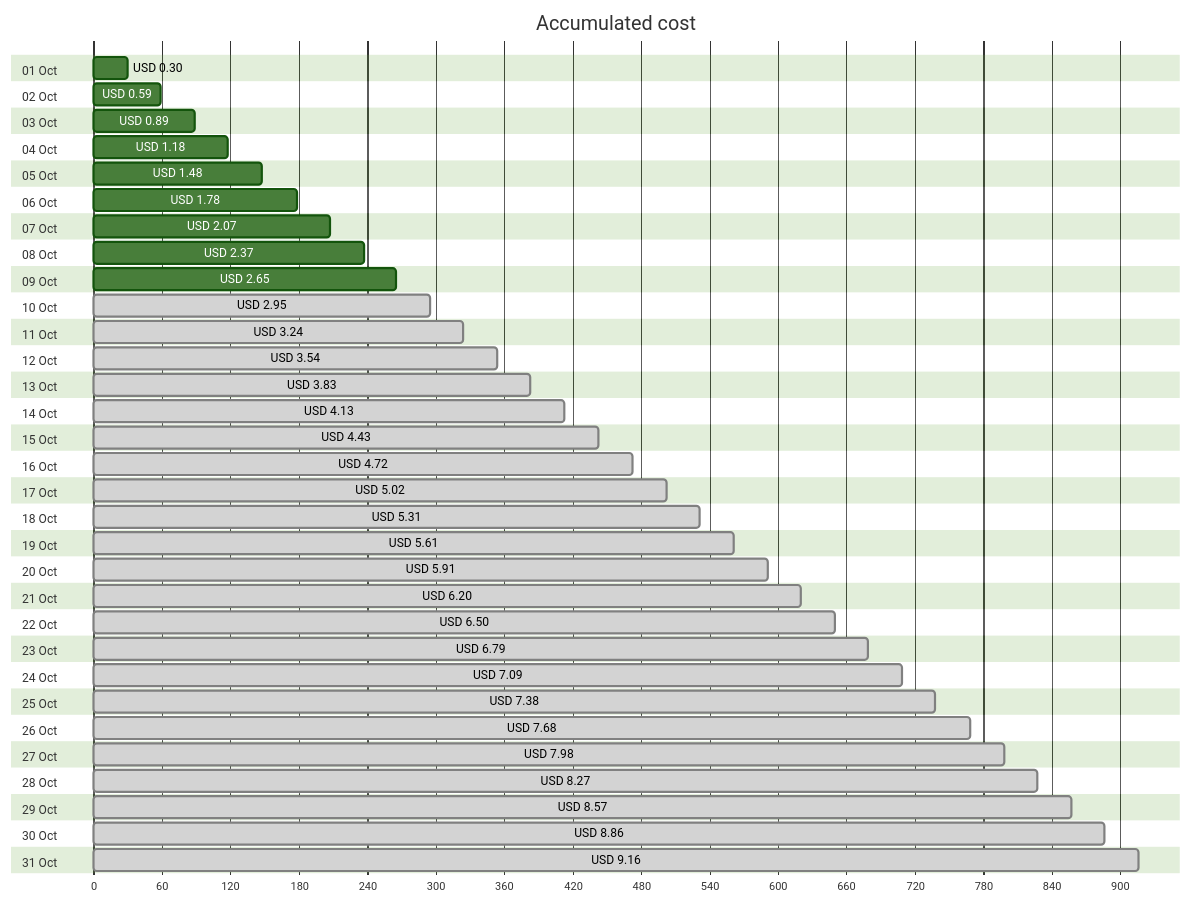
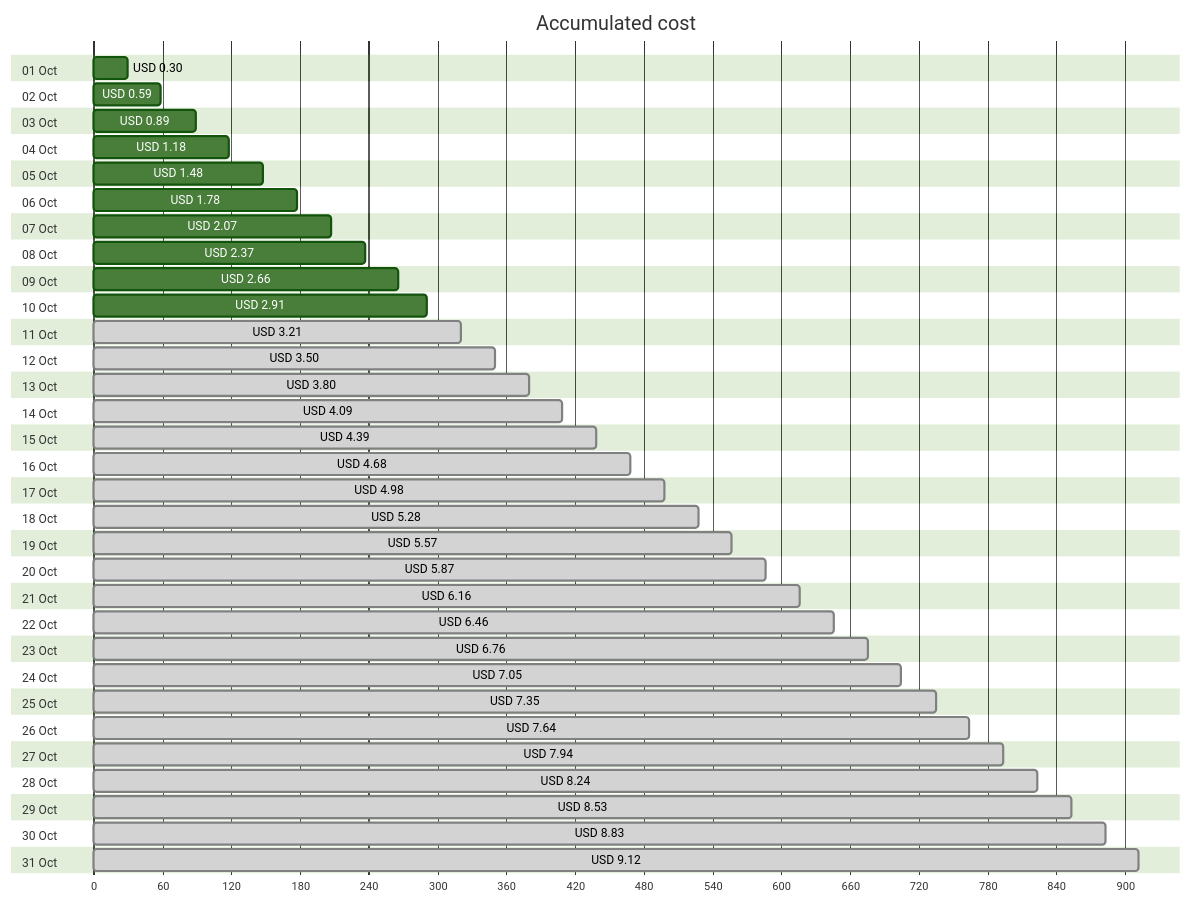
Before and after one commit to jpfulton/azure-personal-reports: the first of 4 diagrams in cost-reports/personal-site/personal-site-preview.md, drawn with Mermaid (forest theme). The commit also changed other lines of this file and 7 other files, not shown here.

````diff
--- a/cost-reports/personal-site/personal-site-preview.md
+++ b/cost-reports/personal-site/personal-site-preview.md
@@ -20,68 +20,68 @@
 ```mermaid
 gantt
    title Accumulated cost
    dateFormat  X
    axisFormat %s
    section 01 Oct
    USD 0.30 :0, 30
    section 02 Oct
    USD 0.59 :0, 59
    section 03 Oct
    USD 0.89 :0, 89
    section 04 Oct
    USD 1.18 :0, 118
    section 05 Oct
    USD 1.48 :0, 148
    section 06 Oct
    USD 1.78 :0, 178
    section 07 Oct
    USD 2.07 :0, 207
    section 08 Oct
    USD 2.37 :0, 237
    section 09 Oct
-   USD 2.65 :0, 265
+   USD 2.66 :0, 266
    section 10 Oct
-   USD 2.95 : done, 0, 295
+   USD 2.91 :0, 291
    section 11 Oct
-   USD 3.24 : done, 0, 324
+   USD 3.21 : done, 0, 321
    section 12 Oct
-   USD 3.54 : done, 0, 354
+   USD 3.50 : done, 0, 350
    section 13 Oct
-   USD 3.83 : done, 0, 383
+   USD 3.80 : done, 0, 380
    section 14 Oct
-   USD 4.13 : done, 0, 413
+   USD 4.09 : done, 0, 409
    section 15 Oct
-   USD 4.43 : done, 0, 443
+   USD 4.39 : done, 0, 439
    section 16 Oct
-   USD 4.72 : done, 0, 472
+   USD 4.68 : done, 0, 468
    section 17 Oct
-   USD 5.02 : done, 0, 502
+   USD 4.98 : done, 0, 498
    section 18 Oct
-   USD 5.31 : done, 0, 531
+   USD 5.28 : done, 0, 528
    section 19 Oct
-   USD 5.61 : done, 0, 561
+   USD 5.57 : done, 0, 557
    section 20 Oct
-   USD 5.91 : done, 0, 591
+   USD 5.87 : done, 0, 587
    section 21 Oct
-   USD 6.20 : done, 0, 620
+   USD 6.16 : done, 0, 616
    section 22 Oct
-   USD 6.50 : done, 0, 650
+   USD 6.46 : done, 0, 646
    section 23 Oct
-   USD 6.79 : done, 0, 679
+   USD 6.76 : done, 0, 676
    section 24 Oct
-   USD 7.09 : done, 0, 709
+   USD 7.05 : done, 0, 705
    section 25 Oct
-   USD 7.38 : done, 0, 738
+   USD 7.35 : done, 0, 735
    section 26 Oct
-   USD 7.68 : done, 0, 768
+   USD 7.64 : done, 0, 764
    section 27 Oct
-   USD 7.98 : done, 0, 798
+   USD 7.94 : done, 0, 794
    section 28 Oct
-   USD 8.27 : done, 0, 827
+   USD 8.24 : done, 0, 824
    section 29 Oct
-   USD 8.57 : done, 0, 857
+   USD 8.53 : done, 0, 853
    section 30 Oct
-   USD 8.86 : done, 0, 886
+   USD 8.83 : done, 0, 883
    section 31 Oct
-   USD 9.16 : done, 0, 916
+   USD 9.12 : done, 0, 912
 ```
````
